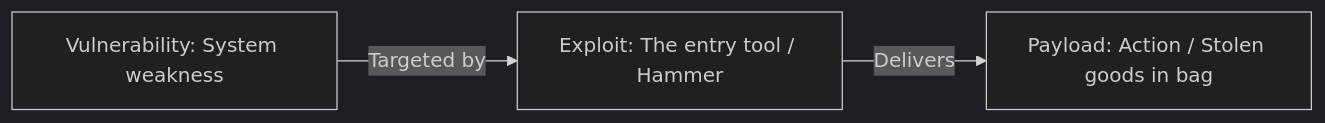
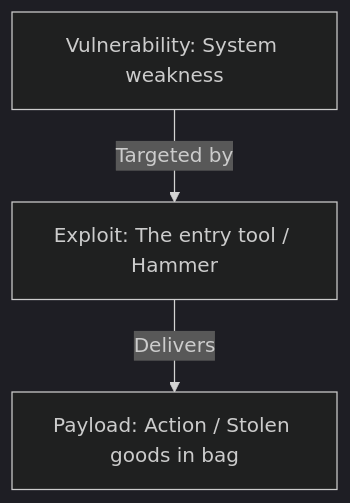
One commit to ankur3-101106/portfolio changed the third of 4 diagrams in docs/Sem-5/MFW/u2.mdx. Above: the diagram before and after it, drawn with Mermaid (dark theme). The commit also changed other lines of this file and 6 other files, not shown here.

````diff
--- a/docs/Sem-5/MFW/u2.mdx
+++ b/docs/Sem-5/MFW/u2.mdx
@@ -387,8 +392,8 @@
 ```mermaid
-graph LR
+graph TD
   V[Vulnerability: System weakness]
   E[Exploit: The entry tool / Hammer]
   P[Payload: Action / Stolen goods in bag]
   V -->|Targeted by| E
   E -->|Delivers| P
 ```
````
